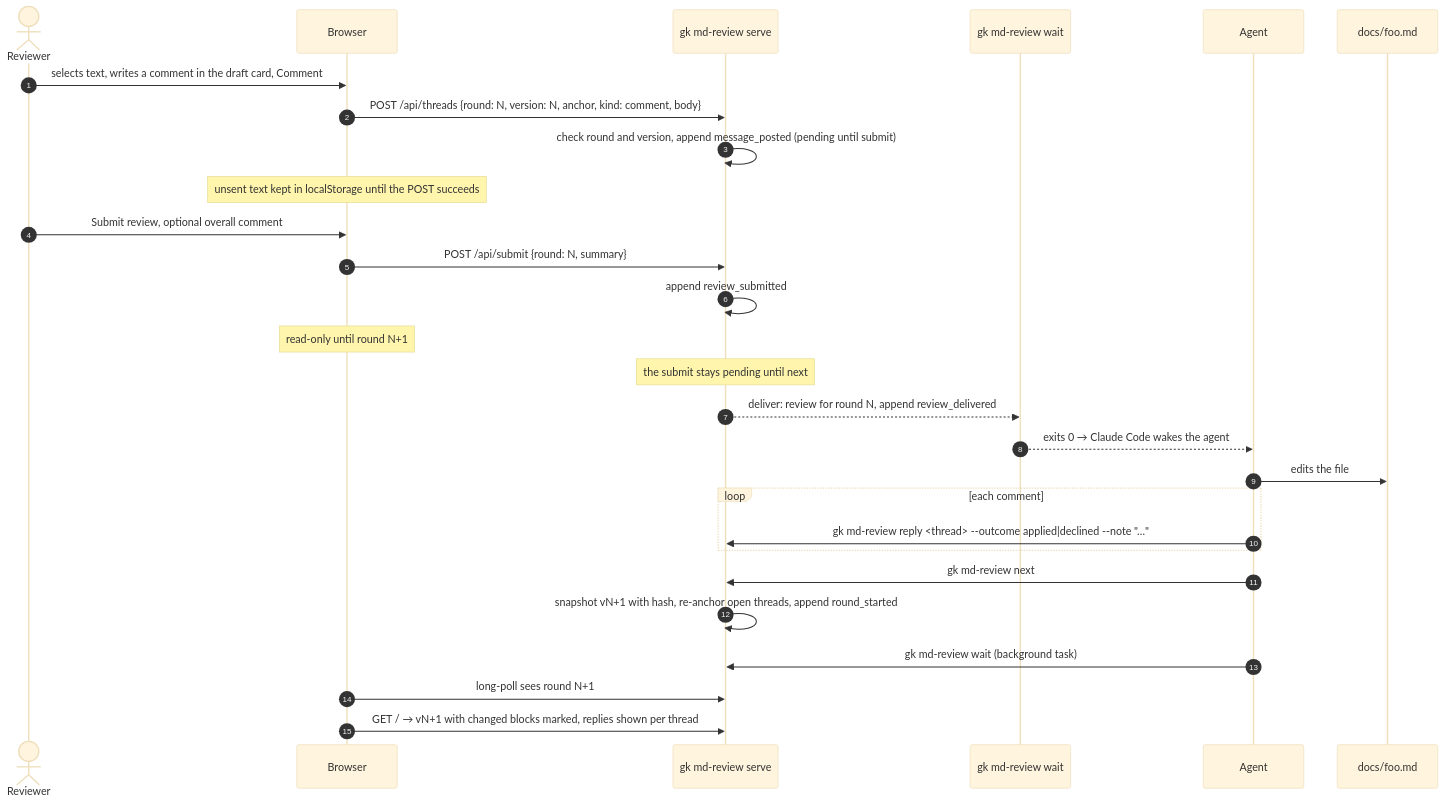
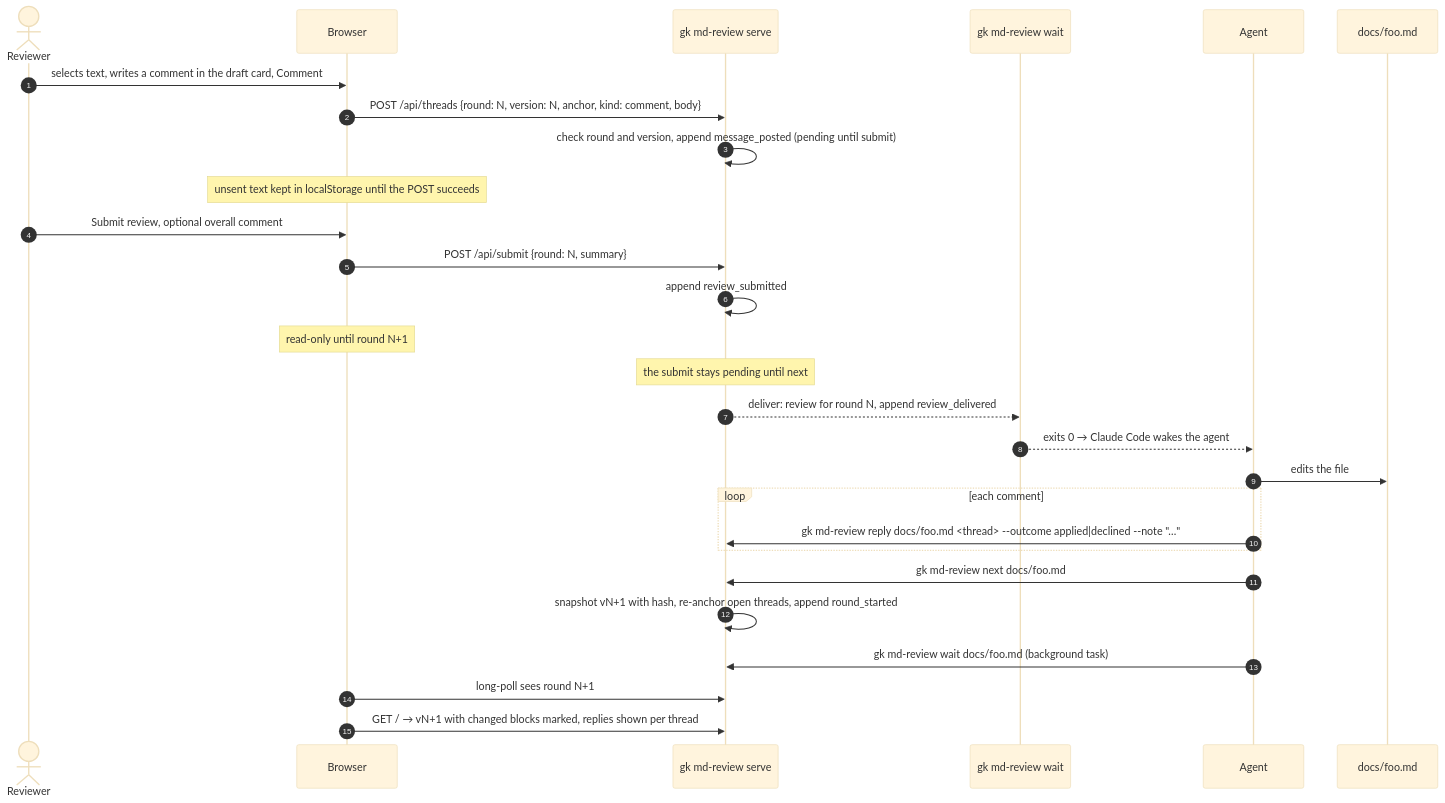
The fifth of 7 diagrams in docs/design/md-review-hld.md (msurkovsky/gist), drawn with Mermaid (base theme) before and after one commit. The commit also changed other lines of this file and 2 other files, not shown here.

First line of the commit message:
Answer unparseable md-review requests in JSON

````diff
--- a/docs/design/md-review-hld.md
+++ b/docs/design/md-review-hld.md
@@ -291,31 +291,31 @@
 ```mermaid
 sequenceDiagram
   autonumber
   actor H as Reviewer
   participant B as Browser
   participant S as gk md-review serve
   participant W as gk md-review wait
   participant A as Agent
   participant F as docs/foo.md
 
   H->>B: selects text, writes a comment in the draft card, Comment
   B->>S: POST /api/threads {round: N, version: N, anchor, kind: comment, body}
   S->>S: check round and version, append message_posted (pending until submit)
   Note over B: unsent text kept in localStorage until the POST succeeds
   H->>B: Submit review, optional overall comment
   B->>S: POST /api/submit {round: N, summary}
   S->>S: append review_submitted
   Note over B: read-only until round N+1
   Note over S: the submit stays pending until next
   S-->>W: deliver: review for round N, append review_delivered
   W-->>A: exits 0 → Claude Code wakes the agent
   A->>F: edits the file
   loop each comment
-    A->>S: gk md-review reply <thread> --outcome applied|declined --note "…"
+    A->>S: gk md-review reply docs/foo.md <thread> --outcome applied|declined --note "…"
   end
-  A->>S: gk md-review next
+  A->>S: gk md-review next docs/foo.md
   S->>S: snapshot vN+1 with hash, re-anchor open threads, append round_started
-  A->>S: gk md-review wait (background task)
+  A->>S: gk md-review wait docs/foo.md (background task)
   B->>S: long-poll sees round N+1
   B->>S: GET / → vN+1 with changed blocks marked, replies shown per thread
 ```
````
